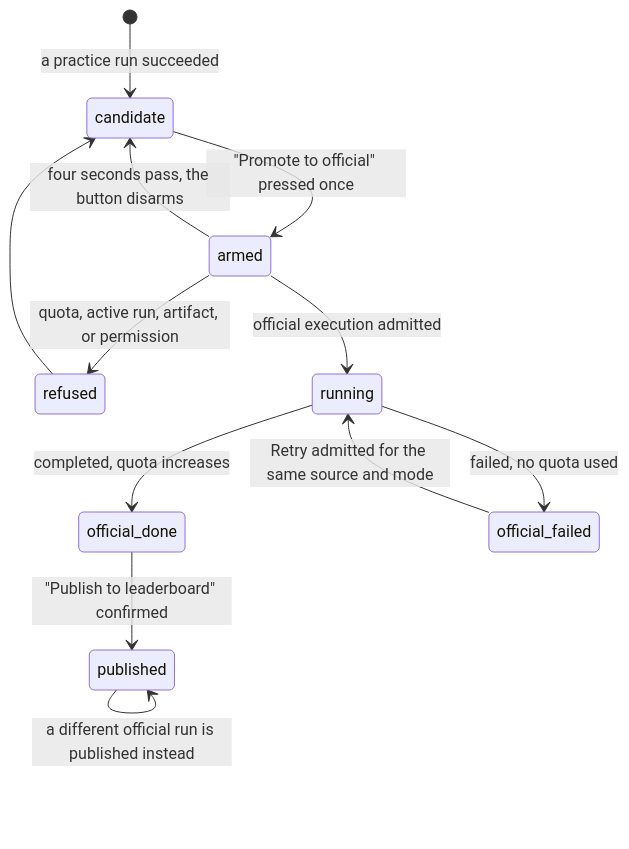
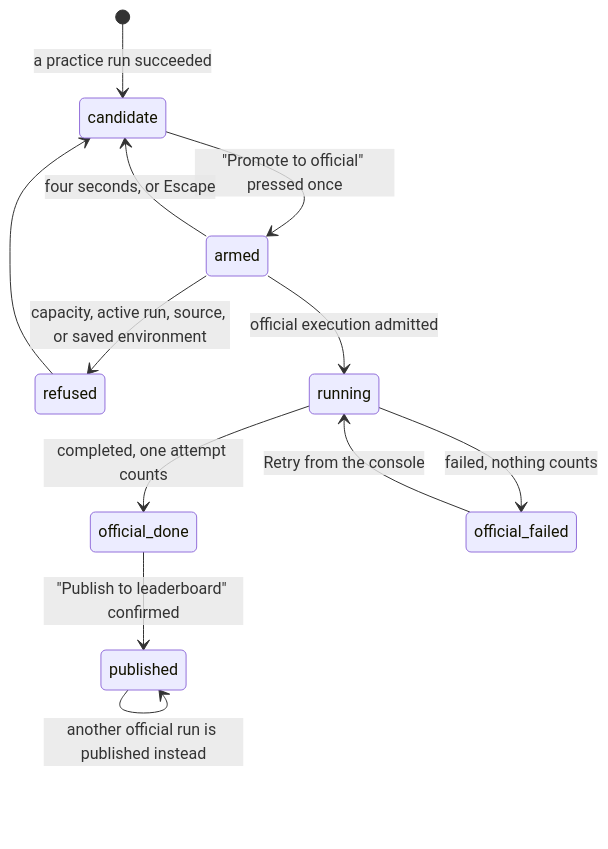
One commit to SamGu-NRX/CogPortal changed the diagram in docs/product-description/portal/promote-to-the-leaderboard.md. Above: the diagram before and after it, drawn with Mermaid. The commit also changed other lines of this file and 41 other files, not shown here.

````diff
--- a/docs/product-description/portal/promote-to-the-leaderboard.md
+++ b/docs/product-description/portal/promote-to-the-leaderboard.md
@@ -45,15 +27,14 @@
 ```mermaid
 stateDiagram-v2
     [*] --> candidate : a practice run succeeded
     candidate --> armed : "Promote to official" pressed once
-    armed --> candidate : four seconds pass, the button disarms
-    armed --> refused : quota, active run, artifact, or permission
+    armed --> candidate : four seconds, or Escape
+    armed --> refused : capacity, active run, source, or saved environment
     armed --> running : official execution admitted
-    running --> official_done : completed, quota increases
-    running --> official_failed : failed, no quota used
-    official_failed --> running : Retry admitted for the same source and mode
-
+    running --> official_done : completed, one attempt counts
+    running --> official_failed : failed, nothing counts
+    official_failed --> running : Retry from the console
     official_done --> published : "Publish to leaderboard" confirmed
-    published --> published : a different official run is published instead
+    published --> published : another official run is published instead
     refused --> candidate
 ```
````
